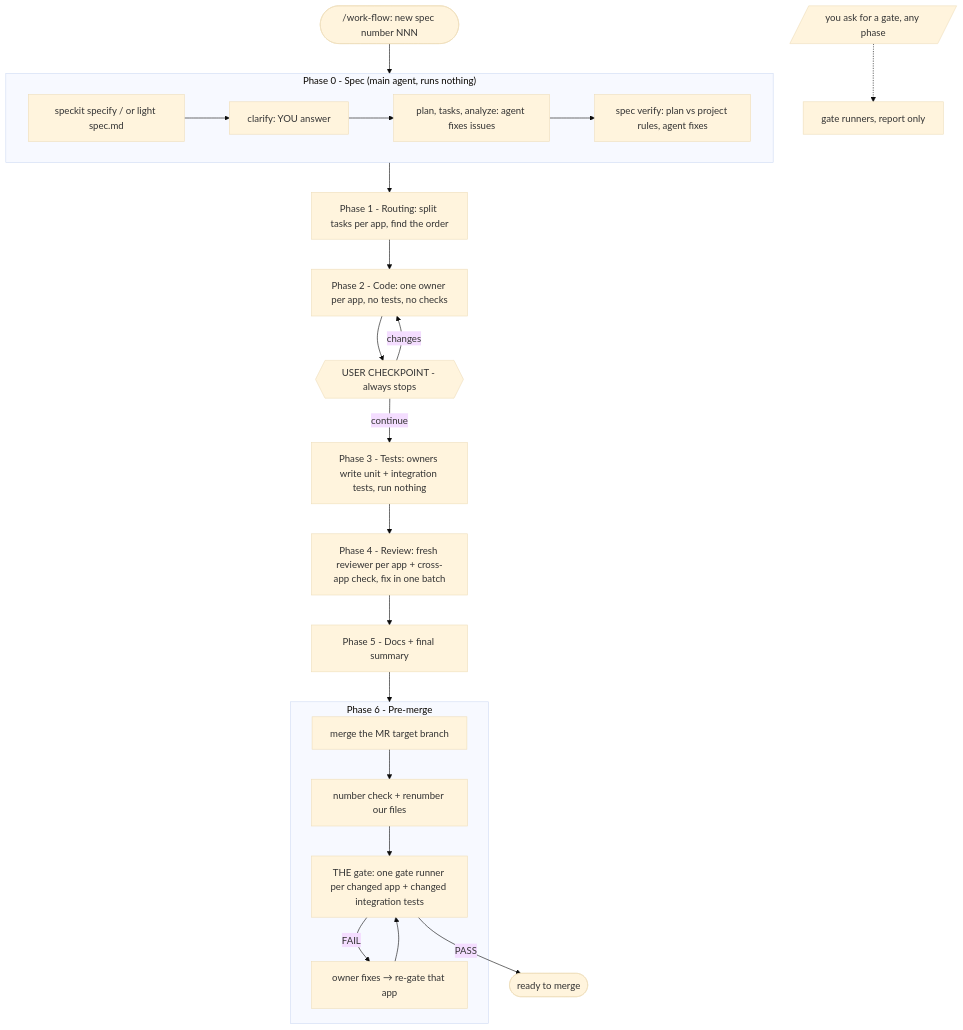
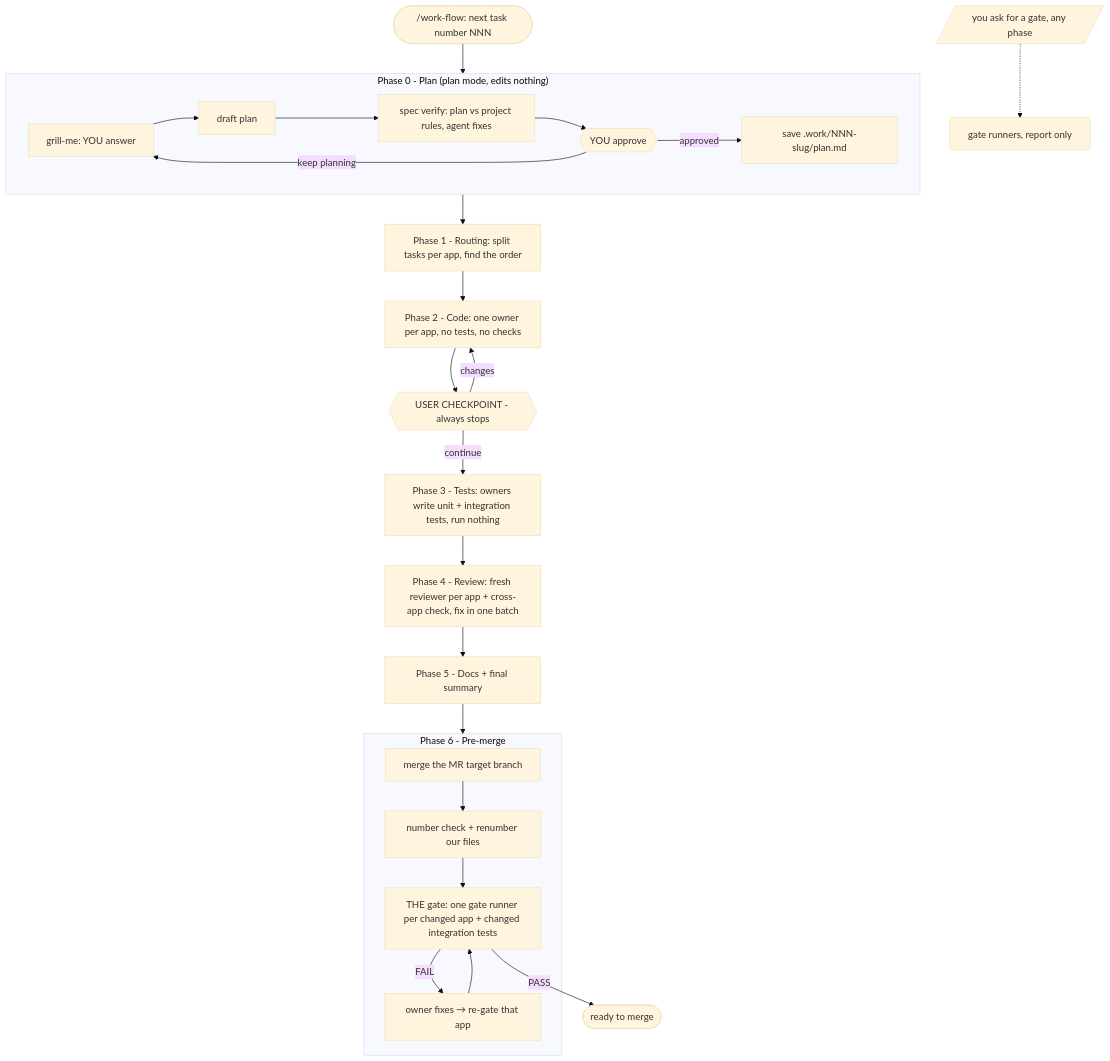
The diagram in plugins/naphatwx-tools/skills/work-flow/README.md (naphatwx/naphatwx-tools), drawn with Mermaid (base theme) before and after one commit. The commit also changed other lines of this file and 12 other files, not shown here.

````diff
--- a/plugins/naphatwx-tools/skills/work-flow/README.md
+++ b/plugins/naphatwx-tools/skills/work-flow/README.md
@@ -21,28 +22,30 @@
 ```mermaid
 flowchart TD
-    START([/work-flow: new spec number NNN]) --> P0
-    subgraph P0["Phase 0 - Spec (main agent, runs nothing)"]
-        SK[speckit specify / or light spec.md] --> CL[clarify: YOU answer]
-        CL --> PT[plan, tasks, analyze: agent fixes issues]
-        PT --> VER[spec verify: plan vs project rules, agent fixes]
+    START([/work-flow: next task number NNN]) --> P0
+    subgraph P0["Phase 0 - Plan (plan mode, edits nothing)"]
+        GR[grill-me: YOU answer] --> DR[draft plan]
+        DR --> VER[spec verify: plan vs project rules, agent fixes]
+        VER --> AP{{YOU approve}}
+        AP -->|keep planning| GR
+        AP -->|approved| SV[save .work/NNN-slug/plan.md]
     end
 
     P0 --> P1[Phase 1 - Routing: split tasks per app, find the order]
     P1 --> P2[Phase 2 - Code: one owner per app, no tests, no checks]
     P2 --> CP{{USER CHECKPOINT - always stops}}
     CP -->|changes| P2
     CP -->|continue| P3[Phase 3 - Tests: owners write unit + integration tests, run nothing]
     P3 --> P4[Phase 4 - Review: fresh reviewer per app + cross-app check, fix in one batch]
     P4 --> P5[Phase 5 - Docs + final summary]
     P5 --> P6
 
     subgraph P6["Phase 6 - Pre-merge"]
         M[merge the MR target branch] --> N[number check + renumber our files]
         N --> G[THE gate: one gate runner per changed app + changed integration tests]
         G -->|FAIL| F[owner fixes → re-gate that app]
         F --> G
     end
 
     G -->|PASS| DONE([ready to merge])
     ASK[/you ask for a gate, any phase/] -.-> ON[gate runners, report only]
 ```
````
